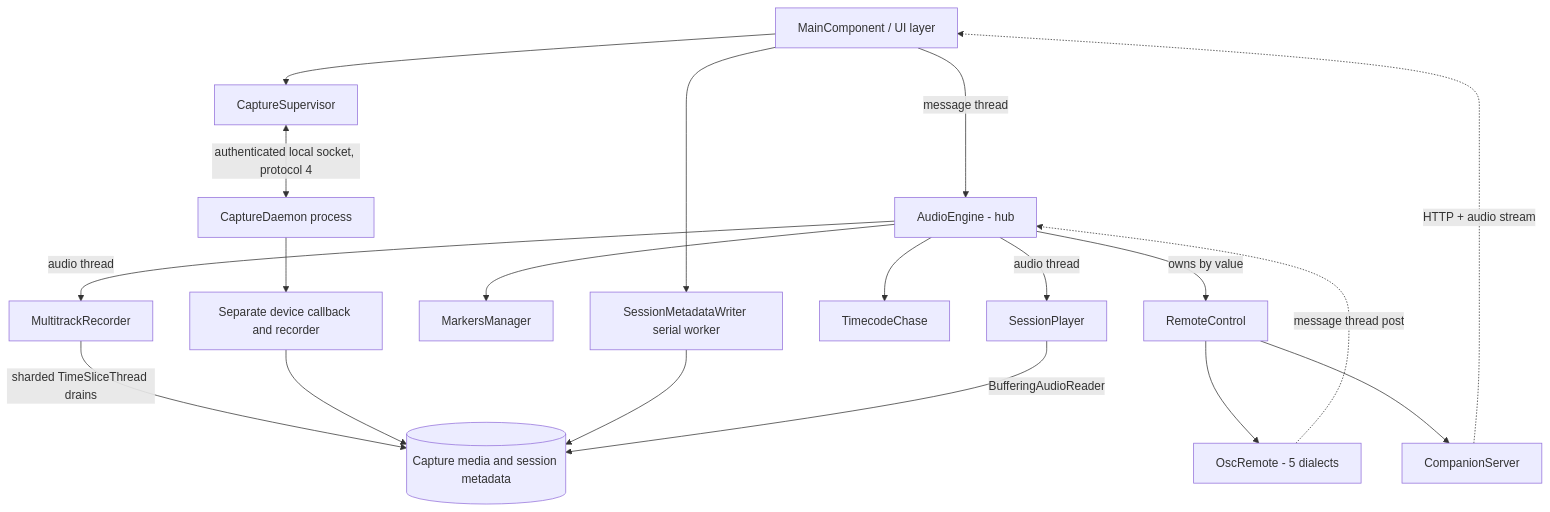
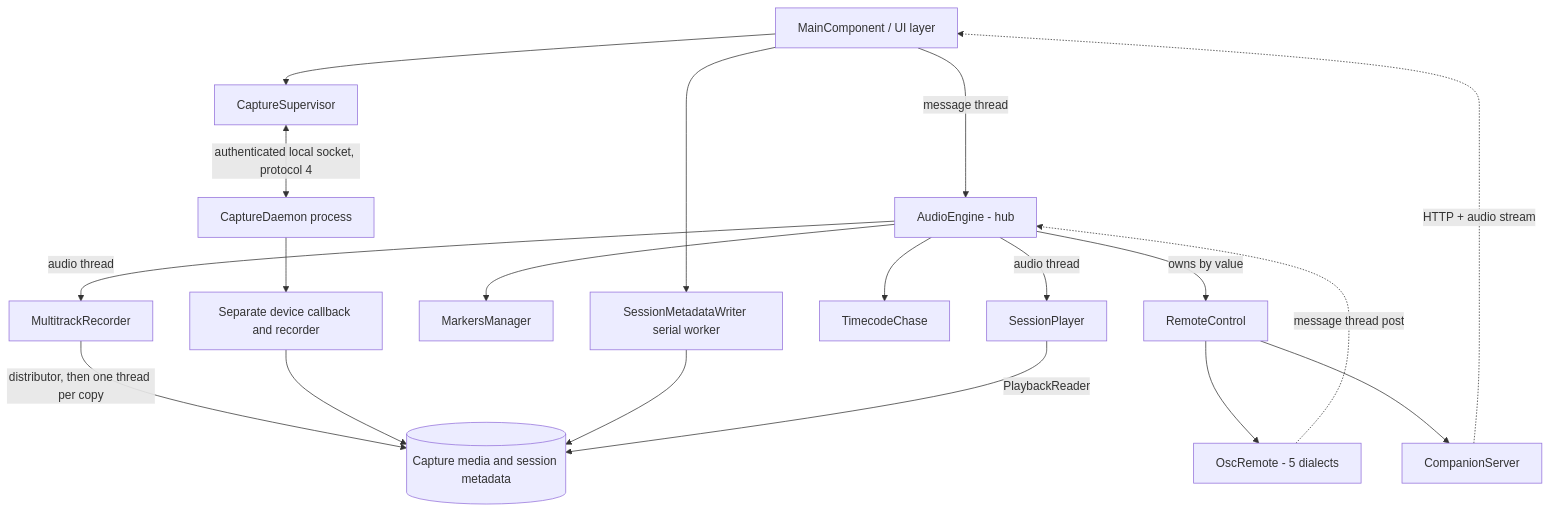
The first of 2 diagrams in architecture.md (jeanpierreboutros-lang/ZynforgeRecording), drawn with Mermaid before and after one commit. The commit also changed other lines of this file and 1 other file, not shown here.

First line of the commit message:
Docs: architecture for the 2026-11-01 fix pass

````diff
--- a/architecture.md
+++ b/architecture.md
@@ -63,32 +65,32 @@
 ```mermaid
 graph TB
     UI[MainComponent / UI layer]
     Eng[AudioEngine - hub]
     Rec[MultitrackRecorder]
     Play[SessionPlayer]
     Mark[MarkersManager]
     Remote[RemoteControl]
     OSC[OscRemote - 5 dialects]
     Net[CompanionServer]
     TC[TimecodeChase]
     Disk[(Capture media and session metadata)]
 
     UI -->|message thread| Eng
     Eng -->|audio thread| Rec
     Eng -->|audio thread| Play
-    Rec -->|sharded TimeSliceThread drains| Disk
+    Rec -->|distributor, then one thread per copy| Disk
     UI --> Supervisor[CaptureSupervisor]
     Supervisor <-->|authenticated local socket, protocol 4| Daemon[CaptureDaemon process]
     Daemon --> DaemonRec[Separate device callback and recorder]
     DaemonRec --> Disk
     UI --> Metadata[SessionMetadataWriter serial worker]
     Metadata --> Disk
-    Play -->|BufferingAudioReader| Disk
+    Play -->|PlaybackReader| Disk
     Eng --> Mark
     Eng -->|owns by value| Remote
     Remote --> OSC
     Remote --> Net
     Eng --> TC
     OSC -.->|message thread post| Eng
     Net -.->|HTTP + audio stream| UI
 ```
````
